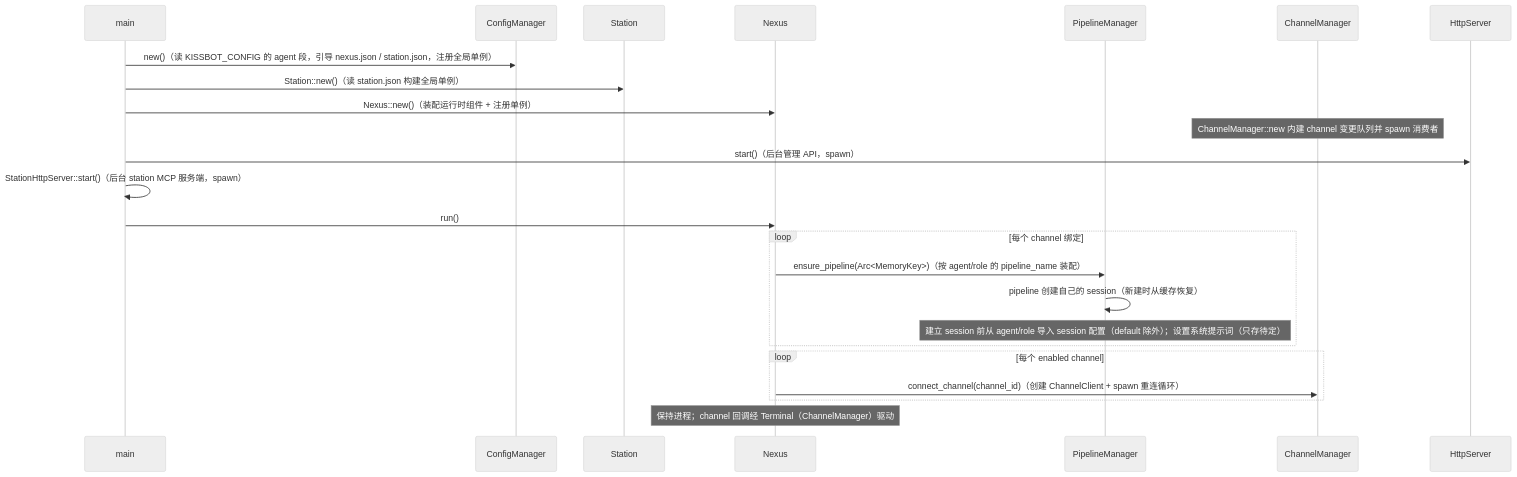
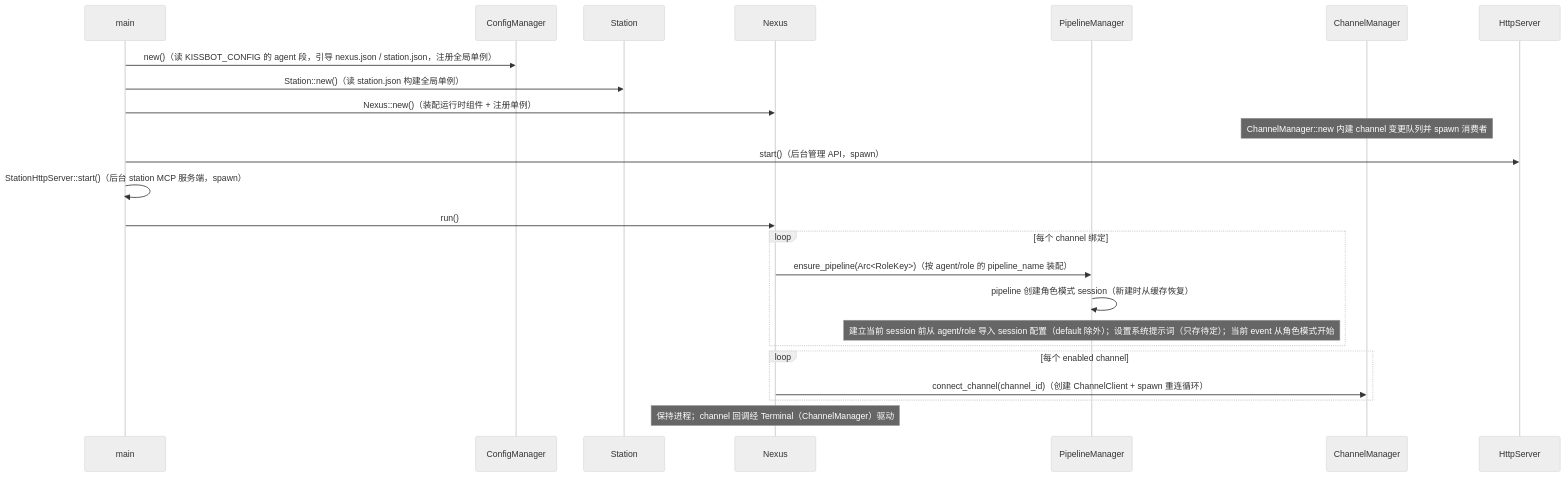
Before and after one commit to coldcloude/kissbot: the second of 5 diagrams in docs/spec/agent-modules.md, drawn with Mermaid (neutral theme). The commit also changed other lines of this file and 13 other files, not shown here.

First line of the commit message:
event 与 channel 解耦，pipeline 维护当前 event

````diff
--- a/docs/spec/agent-modules.md
+++ b/docs/spec/agent-modules.md
@@ -102,27 +102,27 @@
 ```mermaid
 sequenceDiagram
     participant main
     participant CFG as ConfigManager
     participant ST as Station
     participant CO as Nexus
     participant PLS as PipelineManager
     participant CHM as ChannelManager
     participant HS as HttpServer
 
     main->>CFG: new()（读 KISSBOT_CONFIG 的 agent 段，引导 nexus.json / station.json，注册全局单例）
     main->>ST: Station::new()（读 station.json 构建全局单例）
     main->>CO: Nexus::new()（装配运行时组件 + 注册单例）
     Note over CHM: ChannelManager::new 内建 channel 变更队列并 spawn 消费者
     main->>HS: start()（后台管理 API，spawn）
     main->>main: StationHttpServer::start()（后台 station MCP 服务端，spawn）
     main->>CO: run()
     loop 每个 channel 绑定
-        CO->>PLS: ensure_pipeline(Arc<MemoryKey>)（按 agent/role 的 pipeline_name 装配）
-        PLS->>PLS: pipeline 创建自己的 session（新建时从缓存恢复）
-        Note over PLS: 建立 session 前从 agent/role 导入 session 配置（default 除外）；设置系统提示词（只存待定）
+        CO->>PLS: ensure_pipeline(Arc<RoleKey>)（按 agent/role 的 pipeline_name 装配）
+        PLS->>PLS: pipeline 创建角色模式 session（新建时从缓存恢复）
+        Note over PLS: 建立当前 session 前从 agent/role 导入 session 配置（default 除外）；设置系统提示词（只存待定）；当前 event 从角色模式开始
     end
     loop 每个 enabled channel
         CO->>CHM: connect_channel(channel_id)（创建 ChannelClient + spawn 重连循环）
     end
     Note over CO: 保持进程；channel 回调经 Terminal（ChannelManager）驱动
 ```
````
